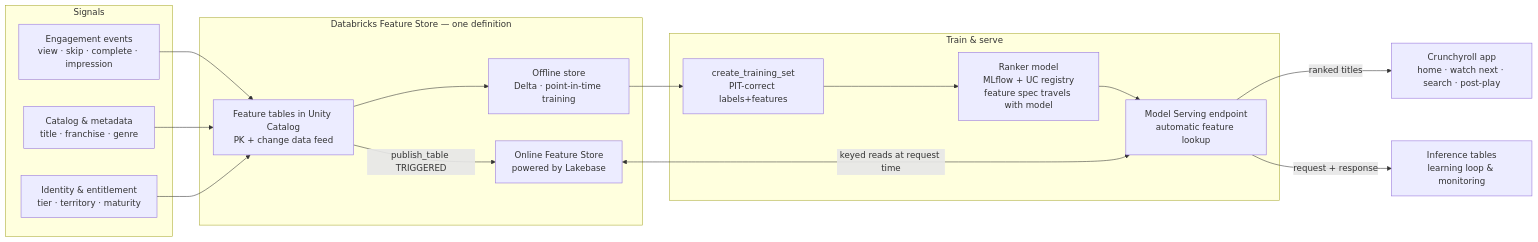
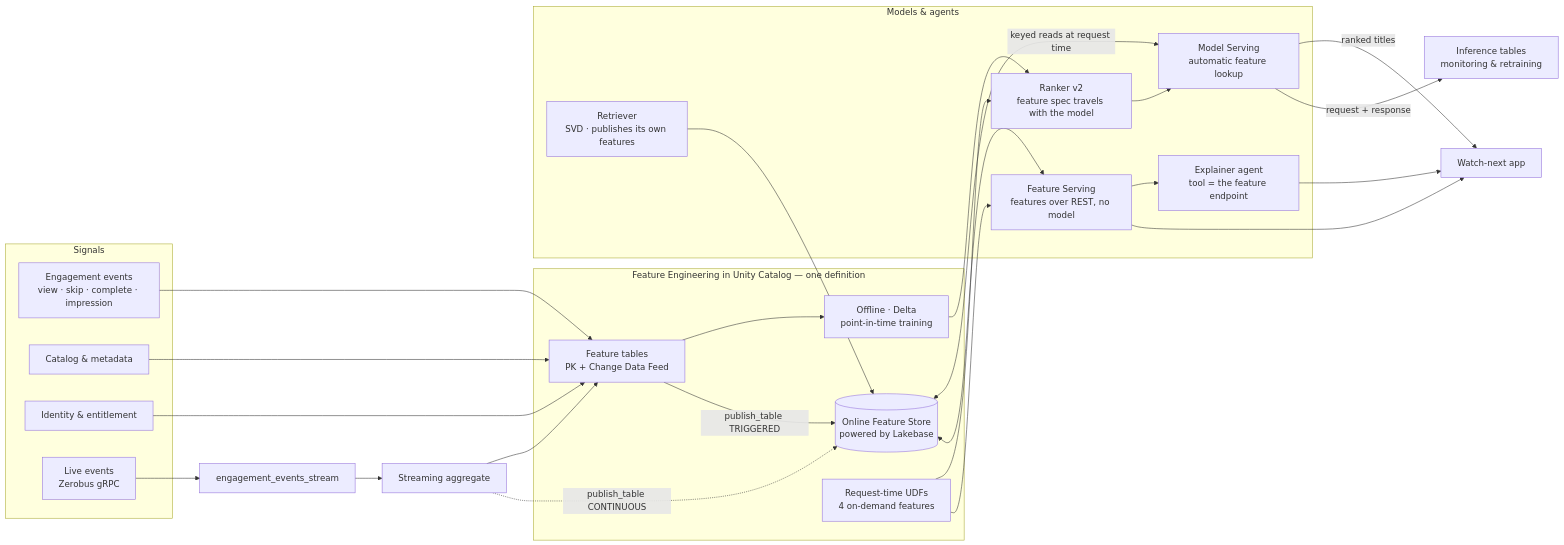
The diagram in README.md (Praneeth16/crunchyroll-feature-store-demo), drawn with Mermaid before and after one commit. The commit also changed other lines of this file and 52 other files, not shown here.

````diff
--- a/README.md
+++ b/README.md
@@ -52,27 +65,41 @@
 ```mermaid
 flowchart LR
     subgraph Signals
         A[Engagement events<br/>view · skip · complete · impression]
-        B[Catalog & metadata<br/>title · franchise · genre]
-        C[Identity & entitlement<br/>tier · territory · maturity]
+        B[Catalog & metadata]
+        C[Identity & entitlement]
+        Z[Live events<br/>Zerobus gRPC]
     end
 
-    subgraph FS[Databricks Feature Store — one definition]
-        D[Feature tables in Unity Catalog<br/>PK + change data feed]
-        E[Offline store<br/>Delta · point-in-time training]
-        F[Online Feature Store<br/>powered by Lakebase]
+    subgraph FS[Feature Engineering in Unity Catalog — one definition]
+        D[Feature tables<br/>PK + Change Data Feed]
+        E[Offline · Delta<br/>point-in-time training]
+        F[(Online Feature Store<br/>powered by Lakebase)]
+        U[Request-time UDFs<br/>4 on-demand features]
     end
 
-    subgraph ML[Train & serve]
-        G[create_training_set<br/>PIT-correct labels+features]
-        H[Ranker model<br/>MLflow + UC registry<br/>feature spec travels with model]
-        I[Model Serving endpoint<br/>automatic feature lookup]
+    subgraph ML[Models & agents]
+        G[Retriever<br/>SVD · publishes its own features]
+        H[Ranker v2<br/>feature spec travels with the model]
+        I[Model Serving<br/>automatic feature lookup]
+        S[Feature Serving<br/>features over REST, no model]
+        AG[Explainer agent<br/>tool = the feature endpoint]
     end
 
     A & B & C --> D
-    D --> E --> G --> H --> I
+    Z --> ST[engagement_events_stream] --> AGG[Streaming aggregate] --> D
+    D --> E --> H
     D -->|publish_table TRIGGERED| F
+    AGG -.->|publish_table CONTINUOUS| F
+    G --> F
+    U --> H
+    U --> S
     F <-->|keyed reads at request time| I
-    I -->|ranked titles| J[Crunchyroll app<br/>home · watch next · search · post-play]
-    I -->|request + response| K[Inference tables<br/>learning loop & monitoring]
+    H --> I
+    F <--> S
+    S --> AG
+    I -->|ranked titles| APP[Watch-next app]
+    S --> APP
+    AG --> APP
+    I -->|request + response| K[Inference tables<br/>monitoring & retraining]
 ```
````
